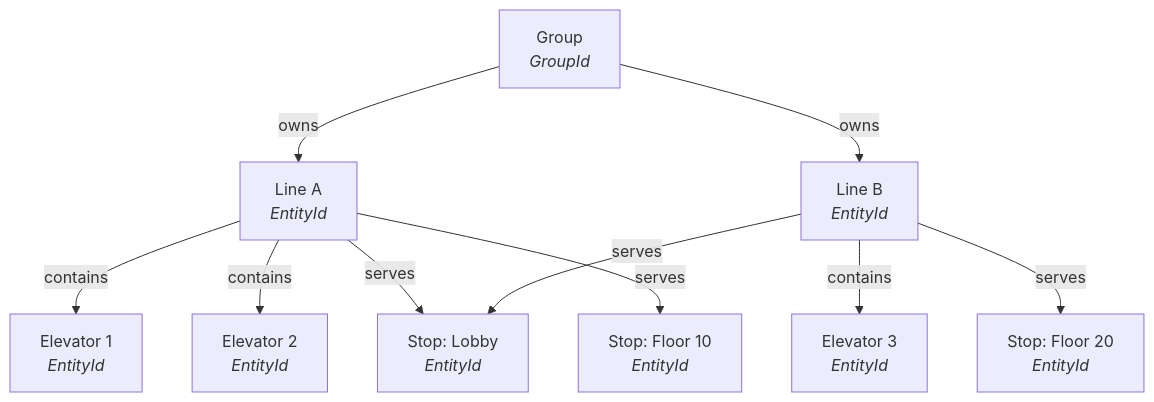
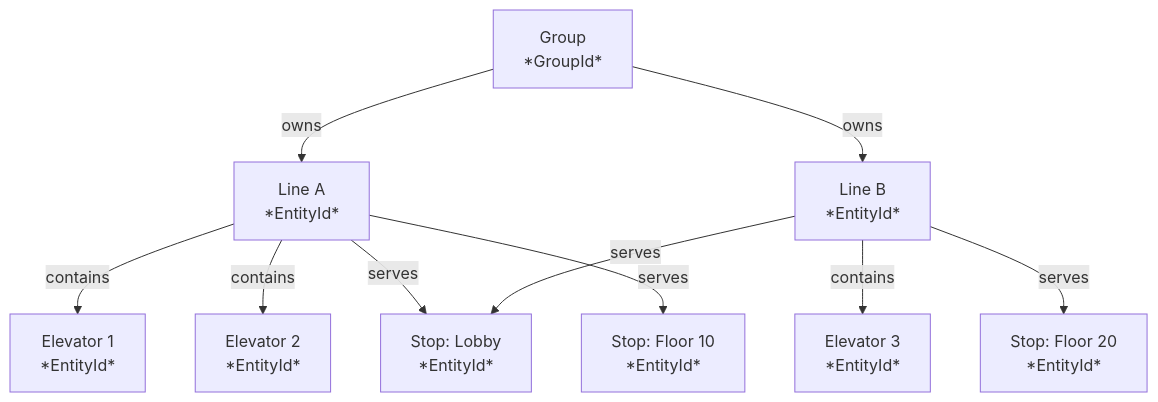
One commit to andymai/elevator-core changed the diagram in docs/src/stops-lines-groups.md. Above: the diagram before and after it, drawn with Mermaid. The commit also changed 18 other files, not shown here.

````diff
--- a/docs/src/stops-lines-groups.md
+++ b/docs/src/stops-lines-groups.md
@@ -57,12 +57,21 @@
 ```mermaid
 graph TD
-    G[Group<br><i>GroupId</i>] -->|owns| L1[Line A<br><i>EntityId</i>]
-    G -->|owns| L2[Line B<br><i>EntityId</i>]
-    L1 -->|contains| E1[Elevator 1<br><i>EntityId</i>]
-    L1 -->|contains| E2[Elevator 2<br><i>EntityId</i>]
-    L2 -->|contains| E3[Elevator 3<br><i>EntityId</i>]
-    L1 -->|serves| S0[Stop: Lobby<br><i>EntityId</i>]
-    L1 -->|serves| S1[Stop: Floor 10<br><i>EntityId</i>]
+    G["Group
+*GroupId*"] -->|owns| L1["Line A
+*EntityId*"]
+    G -->|owns| L2["Line B
+*EntityId*"]
+    L1 -->|contains| E1["Elevator 1
+*EntityId*"]
+    L1 -->|contains| E2["Elevator 2
+*EntityId*"]
+    L2 -->|contains| E3["Elevator 3
+*EntityId*"]
+    L1 -->|serves| S0["Stop: Lobby
+*EntityId*"]
+    L1 -->|serves| S1["Stop: Floor 10
+*EntityId*"]
     L2 -->|serves| S0
-    L2 -->|serves| S2[Stop: Floor 20<br><i>EntityId</i>]
+    L2 -->|serves| S2["Stop: Floor 20
+*EntityId*"]
 ```
````
